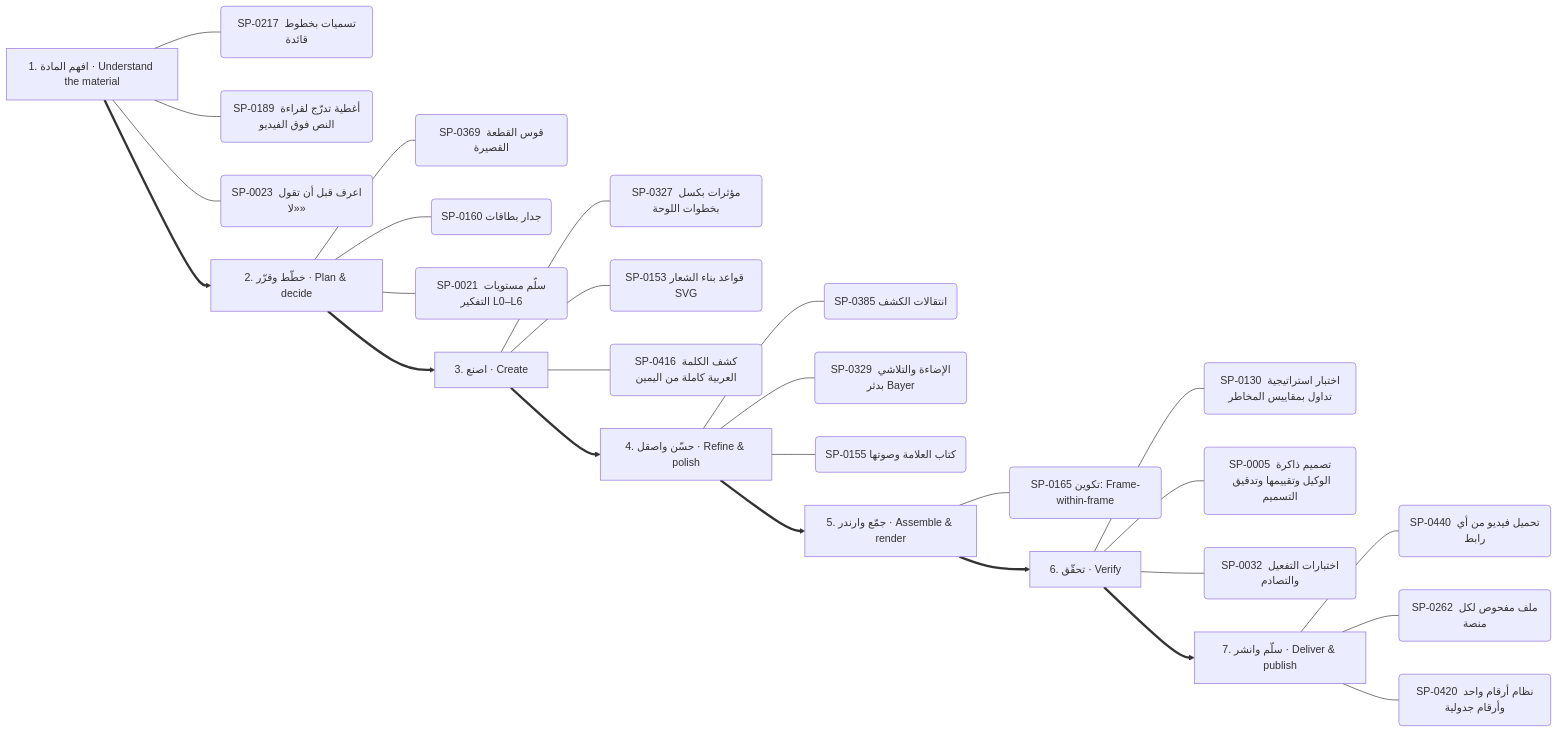
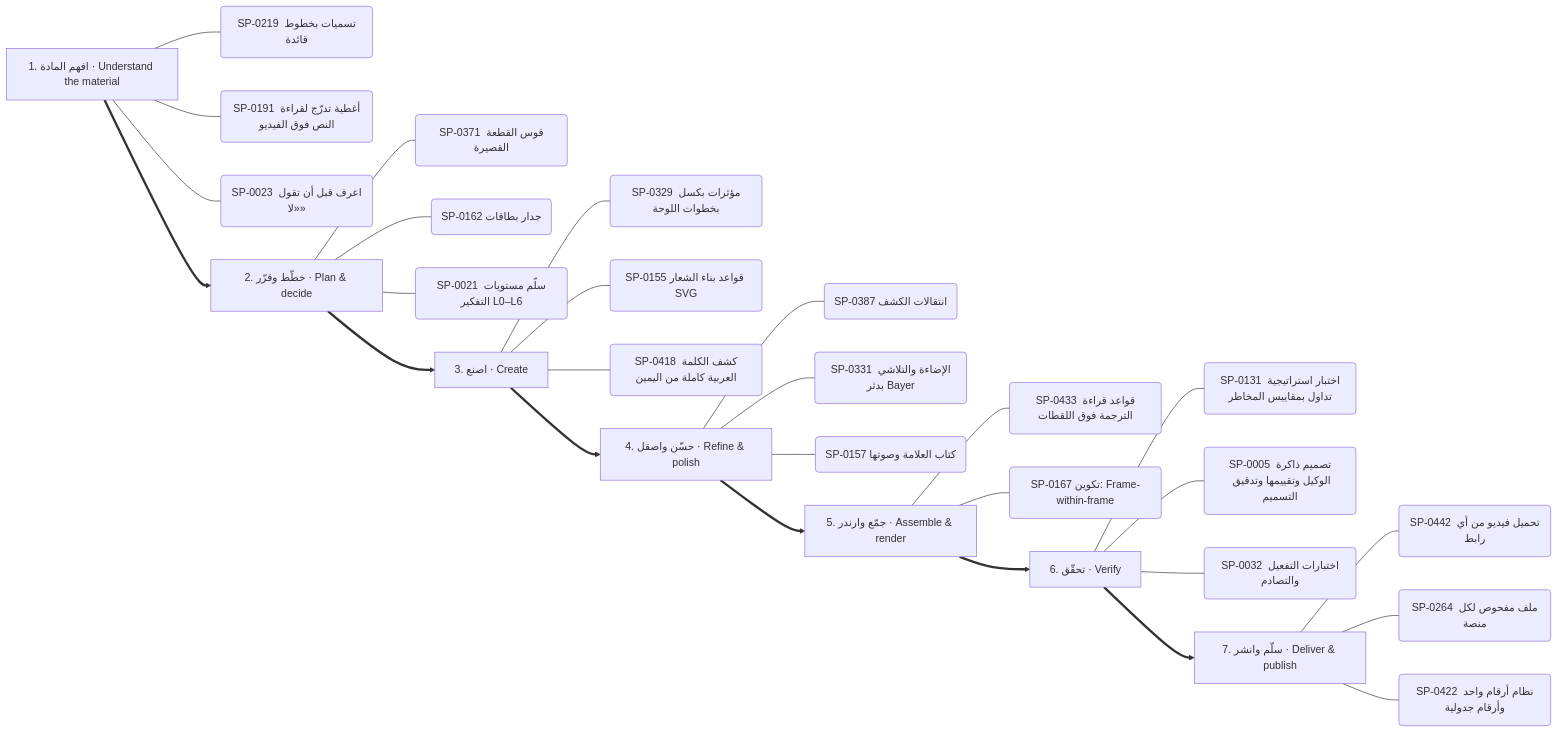
The sixth of 13 diagrams in .claude/skills/kosif-superpowers/references/capability-mindmap.md (kosif199022-jpg/kosif-tool), drawn with Mermaid before and after one commit. The commit also changed other lines of this file and 67 other files, not shown here.

````diff
--- a/.claude/skills/kosif-superpowers/references/capability-mindmap.md
+++ b/.claude/skills/kosif-superpowers/references/capability-mindmap.md
@@ -315,35 +316,36 @@
 ```mermaid
 flowchart LR
   S0["1. افهم المادة · Understand the material"]
-  S0 --- S0_0("SP-0217 تسميات بخطوط قائدة")
-  S0 --- S0_1("SP-0189 أغطية تدرّج لقراءة النص فوق الفيديو")
+  S0 --- S0_0("SP-0219 تسميات بخطوط قائدة")
+  S0 --- S0_1("SP-0191 أغطية تدرّج لقراءة النص فوق الفيديو")
   S0 --- S0_2("SP-0023 اعرف قبل أن تقول «لا»")
   S1["2. خطّط وقرّر · Plan & decide"]
-  S1 --- S1_0("SP-0369 قوس القطعة القصيرة")
-  S1 --- S1_1("SP-0160 جدار بطاقات")
+  S1 --- S1_0("SP-0371 قوس القطعة القصيرة")
+  S1 --- S1_1("SP-0162 جدار بطاقات")
   S1 --- S1_2("SP-0021 سلّم مستويات التفكير L0–L6")
   S0 ==> S1
   S2["3. اصنع · Create"]
-  S2 --- S2_0("SP-0327 مؤثرات بكسل بخطوات اللوحة")
-  S2 --- S2_1("SP-0153 قواعد بناء الشعار SVG")
-  S2 --- S2_2("SP-0416 كشف الكلمة العربية كاملة من اليمين")
+  S2 --- S2_0("SP-0329 مؤثرات بكسل بخطوات اللوحة")
+  S2 --- S2_1("SP-0155 قواعد بناء الشعار SVG")
+  S2 --- S2_2("SP-0418 كشف الكلمة العربية كاملة من اليمين")
   S1 ==> S2
   S3["4. حسّن واصقل · Refine & polish"]
-  S3 --- S3_0("SP-0385 انتقالات الكشف")
-  S3 --- S3_1("SP-0329 الإضاءة والتلاشي بدثر Bayer")
-  S3 --- S3_2("SP-0155 كتاب العلامة وصوتها")
+  S3 --- S3_0("SP-0387 انتقالات الكشف")
+  S3 --- S3_1("SP-0331 الإضاءة والتلاشي بدثر Bayer")
+  S3 --- S3_2("SP-0157 كتاب العلامة وصوتها")
   S2 ==> S3
   S4["5. جمّع وارندر · Assemble & render"]
-  S4 --- S4_0("SP-0165 تكوين: Frame-within-frame")
+  S4 --- S4_0("SP-0433 قواعد قراءة الترجمة فوق اللقطات")
+  S4 --- S4_1("SP-0167 تكوين: Frame-within-frame")
   S3 ==> S4
   S5["6. تحقّق · Verify"]
-  S5 --- S5_0("SP-0130 اختبار استراتيجية تداول بمقاييس المخاطر")
+  S5 --- S5_0("SP-0131 اختبار استراتيجية تداول بمقاييس المخاطر")
   S5 --- S5_1("SP-0005 تصميم ذاكرة الوكيل وتقييمها وتدقيق التسميم")
   S5 --- S5_2("SP-0032 اختبارات التفعيل والتصادم")
   S4 ==> S5
   S6["7. سلّم وانشر · Deliver & publish"]
-  S6 --- S6_0("SP-0440 تحميل فيديو من أي رابط")
-  S6 --- S6_1("SP-0262 ملف مفحوص لكل منصة")
-  S6 --- S6_2("SP-0420 نظام أرقام واحد وأرقام جدولية")
+  S6 --- S6_0("SP-0442 تحميل فيديو من أي رابط")
+  S6 --- S6_1("SP-0264 ملف مفحوص لكل منصة")
+  S6 --- S6_2("SP-0422 نظام أرقام واحد وأرقام جدولية")
   S5 ==> S6
 ```
````
